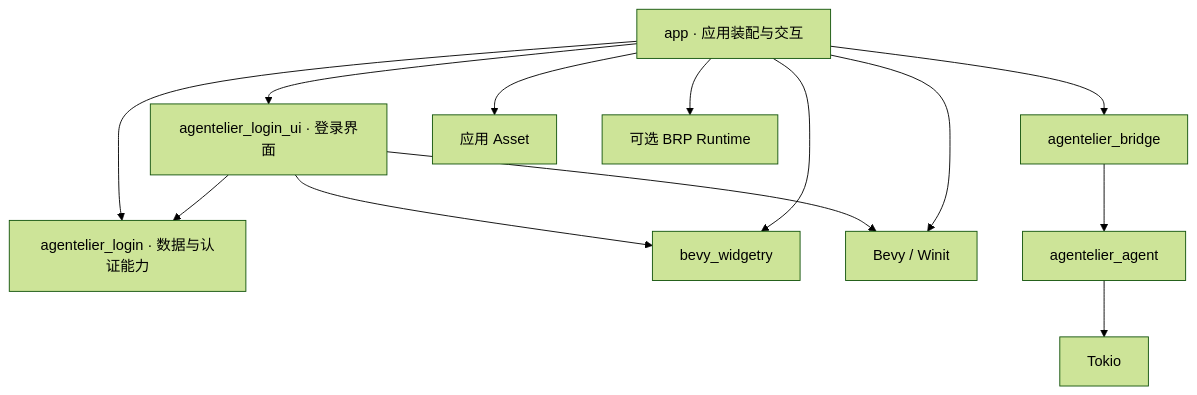
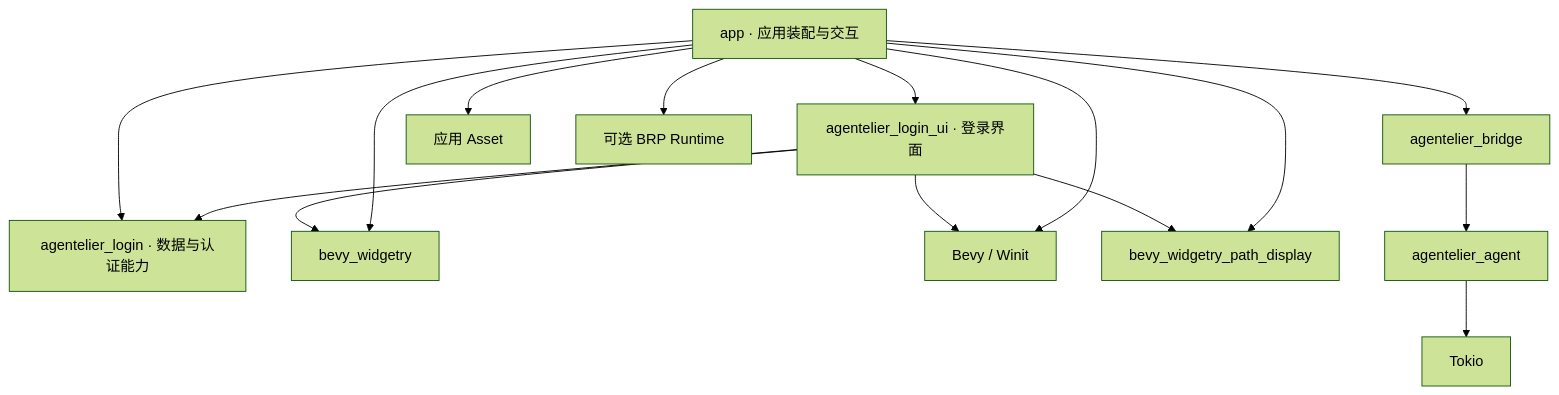
Before and after one commit to slc90/Agentelier: the second of 4 diagrams in docs/design/architecture.md, drawn with Mermaid (forest theme). The commit also changed other lines of this file and 12 other files, not shown here.

Commit message:
Replace local path display with Widgetry crate

````diff
--- a/docs/design/architecture.md
+++ b/docs/design/architecture.md
@@ -66,15 +68,17 @@
 ```mermaid
 flowchart TD
     App["app · 应用装配与交互"] --> Bridge["agentelier_bridge"]
     App --> LoginUI["agentelier_login_ui · 登录界面"]
     App --> Login["agentelier_login · 数据与认证能力"]
     LoginUI --> Login
     LoginUI --> Widgetry
     LoginUI --> Bevy
+    LoginUI --> PathDisplay["bevy_widgetry_path_display"]
+    App --> PathDisplay
     Bridge --> Agent["agentelier_agent"]
     Agent --> Tokio["Tokio"]
     App --> Widgetry["bevy_widgetry"]
     App --> Assets["应用 Asset"]
     App --> BRP["可选 BRP Runtime"]
     App --> Bevy["Bevy / Winit"]
 ```
````
